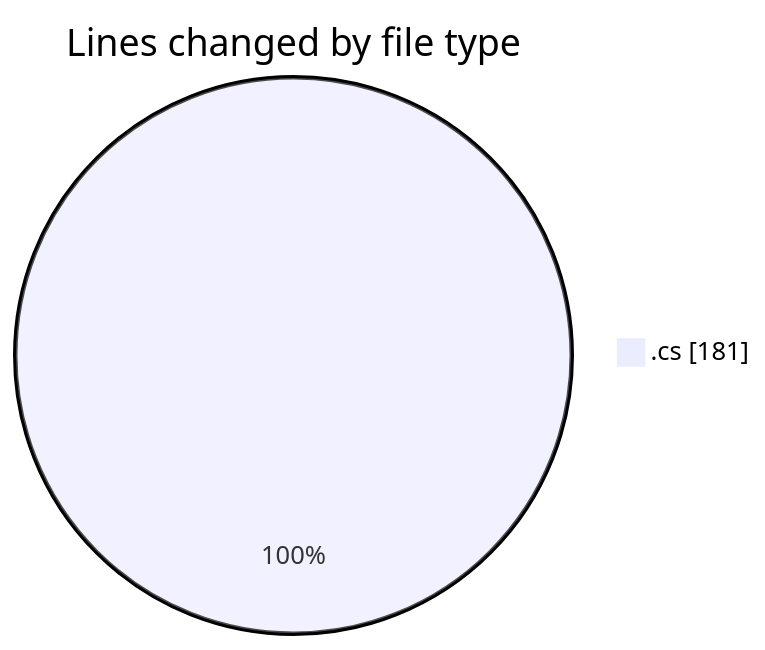
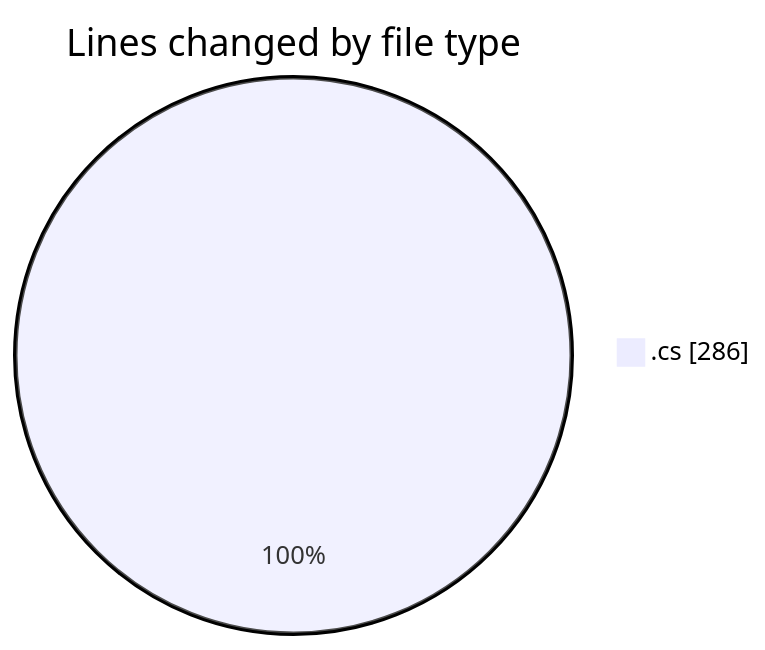
One commit to Netris89/code-tracking changed the first of 2 diagrams in 2025-04-01/back-end/README.md. Above: the diagram before and after it, drawn with Mermaid. The commit also changed other lines of this file and 1 other file, not shown here.

````diff
--- a/2025-04-01/back-end/README.md
+++ b/2025-04-01/back-end/README.md
@@ -20,5 +21,5 @@
 ```mermaid
 pie showData
 title Lines changed by file type
-".cs" : 181
+".cs" : 286
 ```
````
